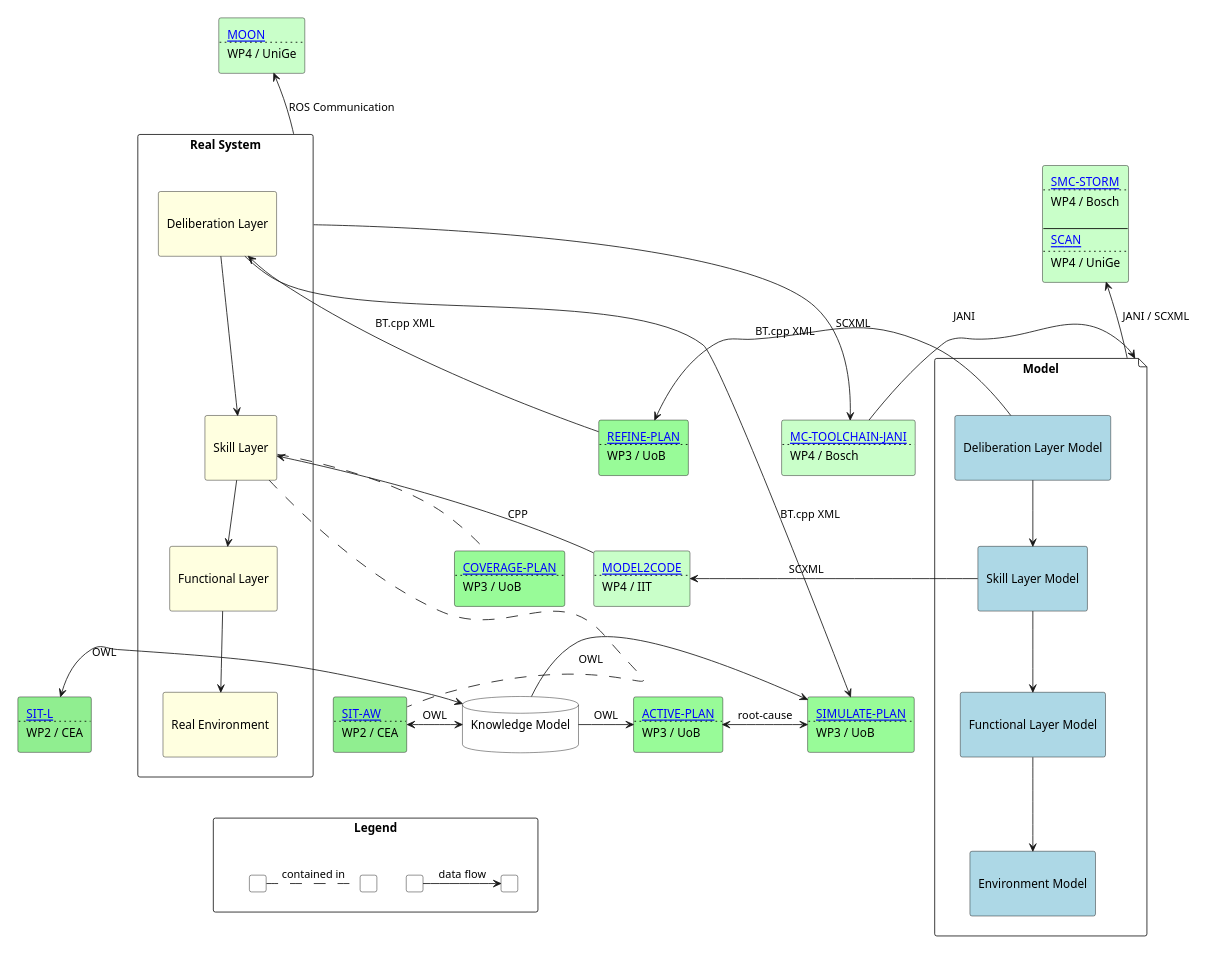
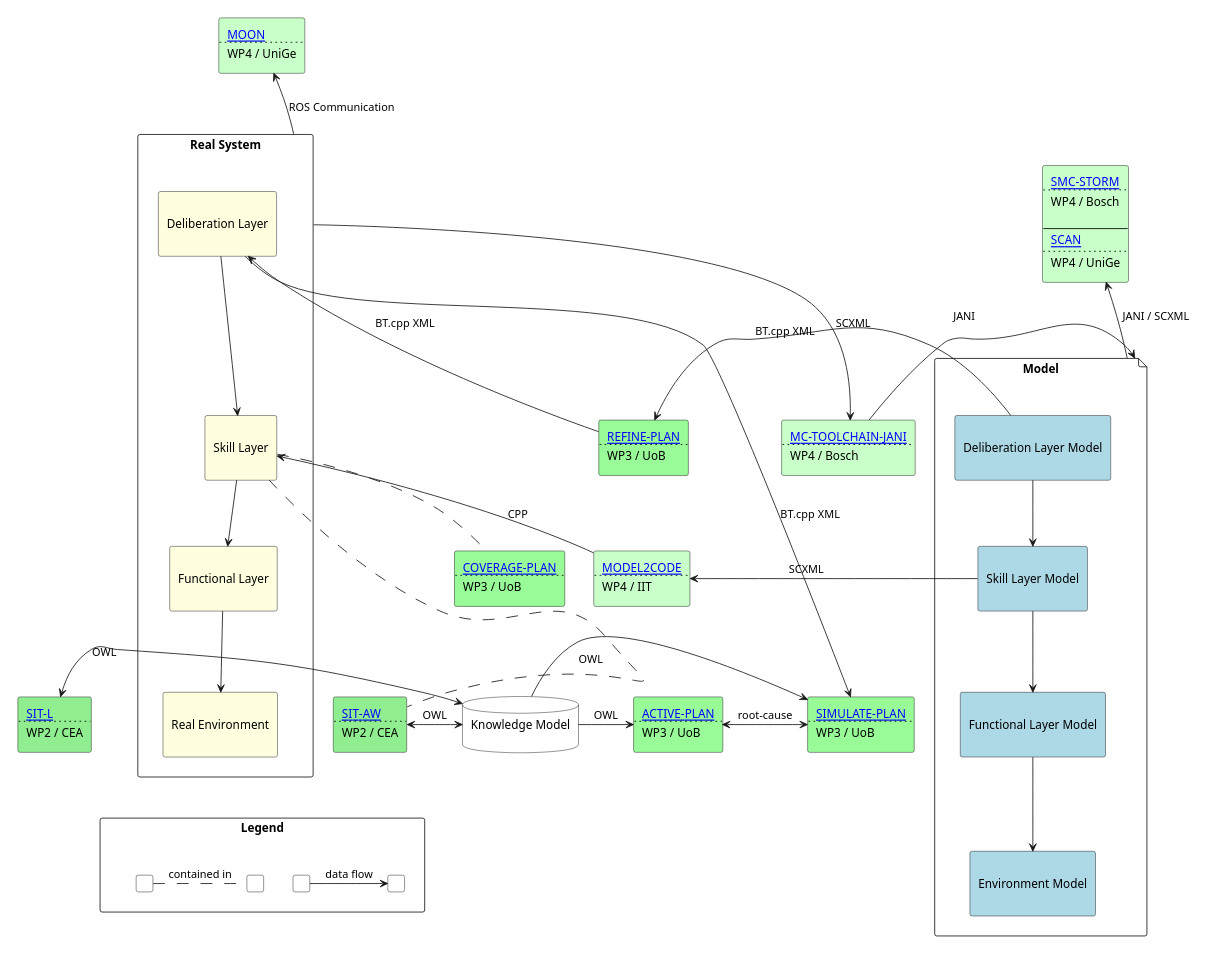
One commit to convince-project/overview changed the diagram in docs/source/overview.plantuml. Above: the diagram before and after it, drawn with PlantUML.

Commit message:
try to fix sit-l arrow

```diff
--- a/docs/source/overview.plantuml
+++ b/docs/source/overview.plantuml
@@ -1,148 +1,150 @@
 @startuml overview
 scale 700 width
 
 skinparam agent {
     BackgroundColor White
     BorderColor Black
 }
 skinparam database {
     BackgroundColor White
     BorderColor Black
 }
 
 rectangle "Real System" as r {
     agent "\nDeliberation Layer\n" as rdelib #LightYellow
     agent "\nSkill Layer\n" as rskill #LightYellow
     agent "\nFunctional Layer\n" as rfunc #LightYellow
     agent "\nReal Environment\n" as renv #LightYellow
 
     rdelib --> rskill
     rskill --> rfunc
     rfunc --> renv
 }
 
 file "Model" as m {
     agent "\nDeliberation Layer Model\n" as mdelib #LightBlue
     agent "\nSkill Layer Model\n" as mskill #LightBlue
     agent "\nFunctional Layer Model\n" as mfunc #LightBlue
     agent "\nEnvironment Model\n" as menv #LightBlue
 
     mdelib --> mskill
     mskill --> mfunc
     mfunc --> menv
 }
 
 database "Knowledge Model\n" as k 
 
 ' WP2
 
 agent sitaw #LightGreen [
 [[https://convince-project.github.io/overview/#sit-aw SIT-AW]]
 ....
 WP2 / CEA
 ]
 agent sitl #LightGreen [
 [[https://convince-project.github.io/overview/#sit-l SIT-L]]
 ....
 WP2 / CEA
 ]
 ' }
 
-sitl <-> k : OWL
 renv -[hidden]> sitaw
 rskill .. sitaw
 sitaw <-> k : OWL
+sitl <-> k : OWL
+
 
 ' WP3
 
 agent refineplan #PaleGreen [
 [[https://convince-project.github.io/overview/#refine-plan REFINE-PLAN]]
 ....
 WP3 / UoB
 ] 
 agent coverageplan #PaleGreen [
 [[https://convince-project.github.io/overview/#coverage-plan COVERAGE-PLAN]]
 ....
 WP3 / UoB
 ]
 agent activeplan #PaleGreen [
 [[https://convince-project.github.io/overview/#active-plan-simulate-plan ACTIVE-PLAN]]
 ....
 WP3 / UoB
 ] 
 agent simulateplan #PaleGreen [
 [[https://convince-project.github.io/overview/#active-plan-simulate-plan SIMULATE-PLAN]]
 ....
 WP3 / UoB
 ] 
 
 rskill .. coverageplan
 rfunc -[hidden]> coverageplan
 activeplan <-> simulateplan : root-cause
 mdelib -> refineplan : "\nBT.cpp XML"
 refineplan -> rdelib : "BT.cpp XML"
 rdelib -> simulateplan : "BT.cpp XML"
 k -> simulateplan : "\nOWL"
 k -> activeplan : OWL
 
 ' WP4
 
 agent moon #TECHNOLOGY [
 [[https://convince-project.github.io/overview/#moon MOON]]
 ....
 WP4 / UniGe
 ]
 ' ]
 agent stormscan #TECHNOLOGY [
 [[https://convince-project.github.io/overview/#smc-storm SMC-STORM]]
 ....
 WP4 / Bosch
 
 ----
 [[https://convince-project.github.io/overview/#scan SCAN]]
 ....
 WP4 / UniGe
 ]
 agent jani #TECHNOLOGY [
 [[https://convince-project.github.io/overview/#mc-toolchain-jani MC-TOOLCHAIN-JANI]]
 ....
 WP4 / Bosch
 ]
 agent modeltocode #TECHNOLOGY [
 [[https://convince-project.github.io/overview/#model2code MODEL2CODE]]
 ....
 WP4 / IIT
 ]
 
 moon -[hidden]-> rdelib
 moon <-- r : ROS Communication
 
 stormscan -[hidden]-> mdelib
 stormscan <-- m : "JANI / SCXML\n"
 
 r -> jani : "SCXML"
 jani -> m : "JANI\n"
 rskill <- modeltocode : "CPP"
 modeltocode <- mskill : "SCXML\t\t\t"
 coverageplan -[hidden]> modeltocode
 
 refineplan -[hidden]-> modeltocode
 
 
 rectangle Legend as legend {
     agent a [
     ]
     agent b [
     ]
     a -> b : "data flow"
 
     agent c [
     ]
     agent d [
     ]
     c . d : "contained in"
 }
 
 renv -[hidden]-> legend
+sitl -[hidden]> legend
 
 @enduml
```
